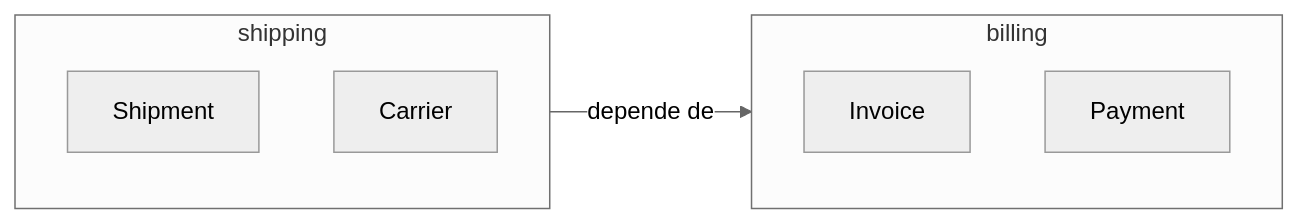
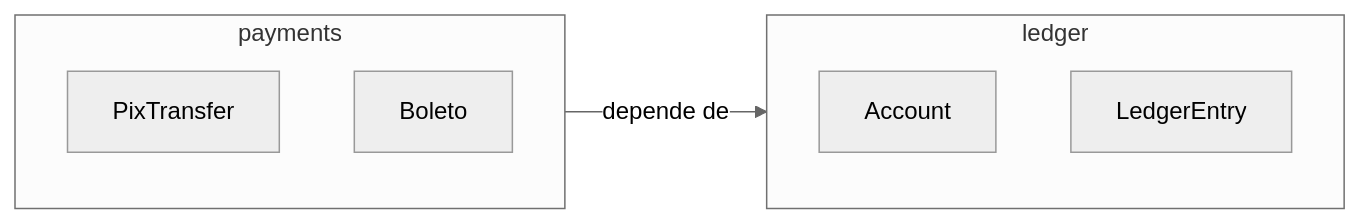
Before and after one commit to alancesar/design-patterns: the diagram in docs/design/ddd/building-blocks/module.md, drawn with Mermaid (neutral theme). The commit also changed other lines of this file and 67 other files, not shown here.

First line of the commit message:
Switch DDD examples and diagrams to fintech scenarios

````diff
--- a/docs/design/ddd/building-blocks/module.md
+++ b/docs/design/ddd/building-blocks/module.md
@@ -52,12 +52,12 @@
 ```mermaid
 flowchart LR
-    subgraph Shipping["shipping"]
-        S1["Shipment"]
-        S2["Carrier"]
+    subgraph Payments["payments"]
+        P1["PixTransfer"]
+        P2["Boleto"]
     end
-    subgraph Billing["billing"]
-        B1["Invoice"]
-        B2["Payment"]
+    subgraph Ledger["ledger"]
+        L1["Account"]
+        L2["LedgerEntry"]
     end
-    Shipping -->|"depende de"| Billing
+    Payments -->|"depende de"| Ledger
 ```
````
